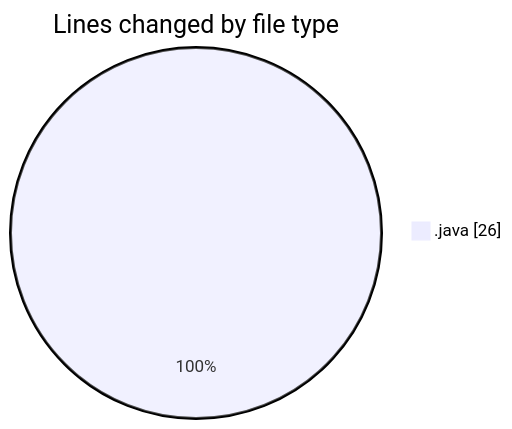
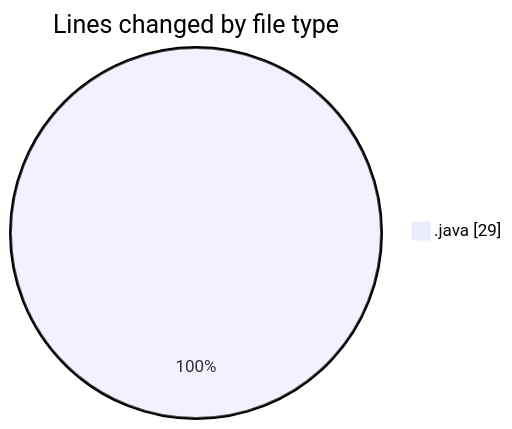
One commit to NitaiMahat/code-tracking changed the first of 2 diagrams in 2025-03-26/startfiles/README.md. Above: the diagram before and after it, drawn with Mermaid. The commit also changed other lines of this file and 1 other file, not shown here.

````diff
--- a/2025-03-26/startfiles/README.md
+++ b/2025-03-26/startfiles/README.md
@@ -20,5 +20,5 @@
 ```mermaid
 pie showData
 title Lines changed by file type
-".java" : 26
+".java" : 29
 ```
````
